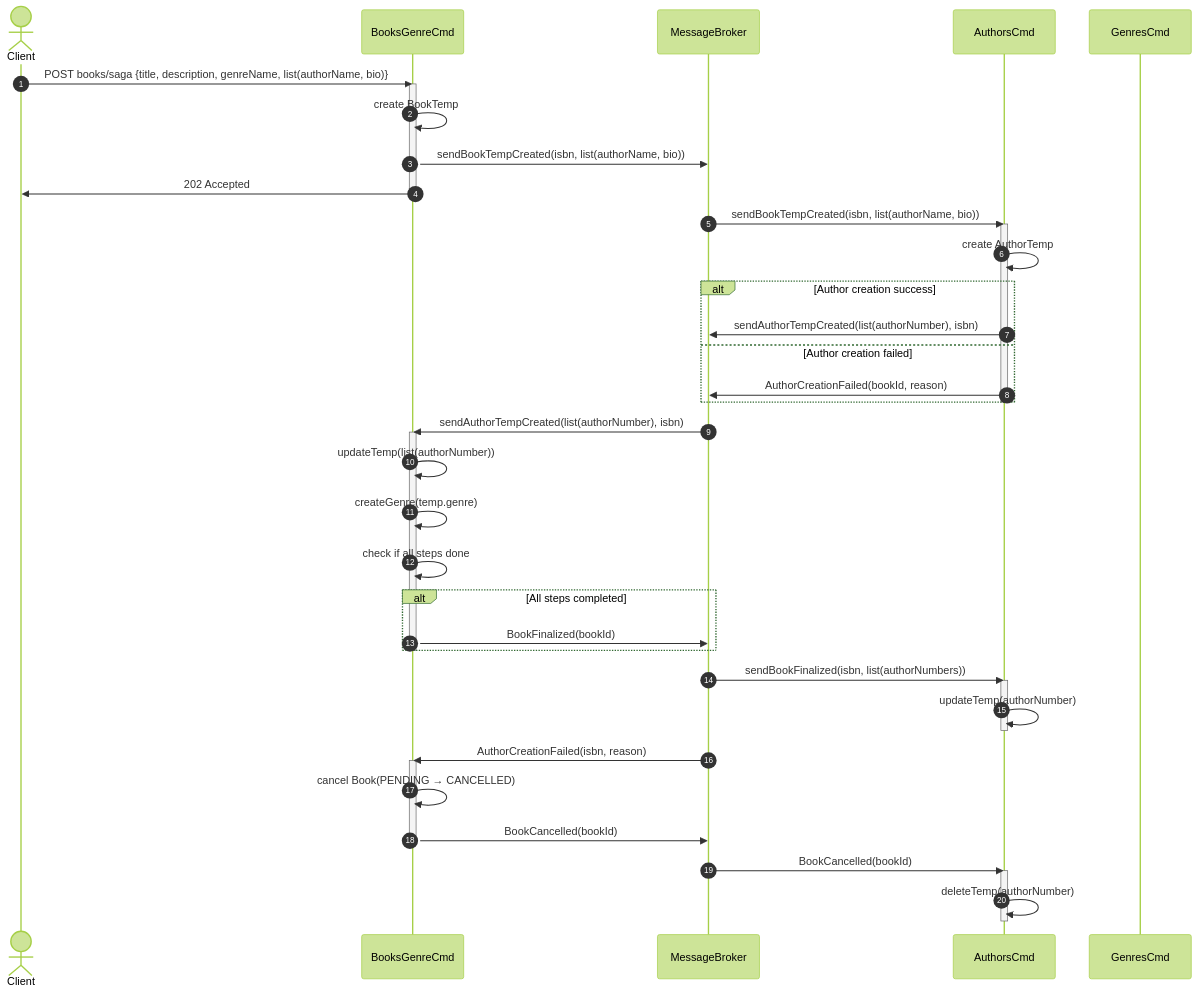
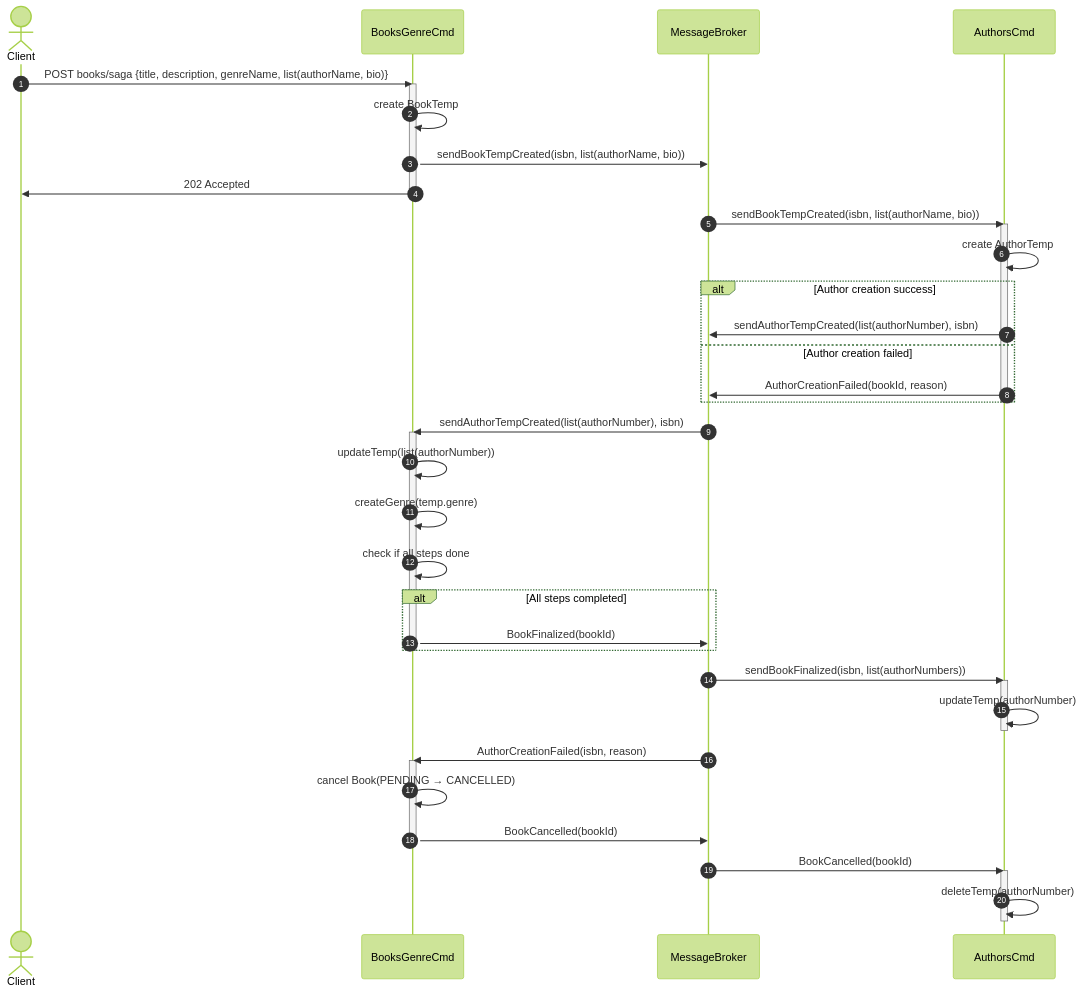
The diagram in Docs/ARQSOFT-Docs/Part2/ADD/US1.md (pfcosta02/mei-arqsoft-odsoft), drawn with Mermaid (forest theme) before and after one commit.

Commit message:
US1 Sequence diagram fix

````diff
--- a/Docs/ARQSOFT-Docs/Part2/ADD/US1.md
+++ b/Docs/ARQSOFT-Docs/Part2/ADD/US1.md
@@ -78,59 +78,58 @@
 ```mermaid
 sequenceDiagram
     autonumber
 
     actor Client
     participant BooksGenreCmd
     participant MessageBroker
     participant AuthorsCmd
-    participant GenresCmd
 
     %% --- 1. Client triggers saga ---
     Client ->> BooksGenreCmd: POST books/saga {title, description, genreName, list(authorName, bio)}
     activate BooksGenreCmd
     BooksGenreCmd ->> BooksGenreCmd: create BookTemp
     BooksGenreCmd ->> MessageBroker: sendBookTempCreated(isbn, list(authorName, bio))
     BooksGenreCmd ->> Client: 202 Accepted
     deactivate BooksGenreCmd
 
     %% --- 2. AuthorsCmd reacts to BookRequested ---
     MessageBroker ->> AuthorsCmd: sendBookTempCreated(isbn, list(authorName, bio))
     activate AuthorsCmd
     AuthorsCmd ->> AuthorsCmd: create AuthorTemp
     alt Author creation success
         AuthorsCmd ->> MessageBroker: sendAuthorTempCreated(list(authorNumber), isbn)
     else Author creation failed
         AuthorsCmd ->> MessageBroker: AuthorCreationFailed(bookId, reason)
     end
     deactivate AuthorsCmd
 
     %% --- 4. BooksGenreCmd processes AuthorPendingCreated independently ---
     MessageBroker ->> BooksGenreCmd: sendAuthorTempCreated(list(authorNumber), isbn)
     activate BooksGenreCmd
     BooksGenreCmd ->> BooksGenreCmd: updateTemp(list(authorNumber))
     BooksGenreCmd ->> BooksGenreCmd: createGenre(temp.genre)
     BooksGenreCmd ->> BooksGenreCmd: check if all steps done
     alt All steps completed
       BooksGenreCmd ->> MessageBroker: BookFinalized(bookId)
     end
     deactivate BooksGenreCmd
 
     %% --- 6. AuthorsCmd finalizes pending author after BookFinalized ---
     MessageBroker ->> AuthorsCmd: sendBookFinalized(isbn, list(authorNumbers))
     activate AuthorsCmd
     AuthorsCmd ->> AuthorsCmd: updateTemp(authorNumber)
     deactivate AuthorsCmd
 
     %% --- 8. COMPENSATION: Author creation failed ---
     MessageBroker ->> BooksGenreCmd: AuthorCreationFailed(isbn, reason)
     activate BooksGenreCmd
     BooksGenreCmd ->> BooksGenreCmd: cancel Book(PENDING → CANCELLED)
     BooksGenreCmd ->> MessageBroker: BookCancelled(bookId)
     deactivate BooksGenreCmd
 
     %% --- 10. AuthorsCmd rollback pending author ---
     MessageBroker ->> AuthorsCmd: BookCancelled(bookId)
     activate AuthorsCmd
     AuthorsCmd ->> AuthorsCmd: deleteTemp(authorNumber)
     deactivate AuthorsCmd
 ```
````
